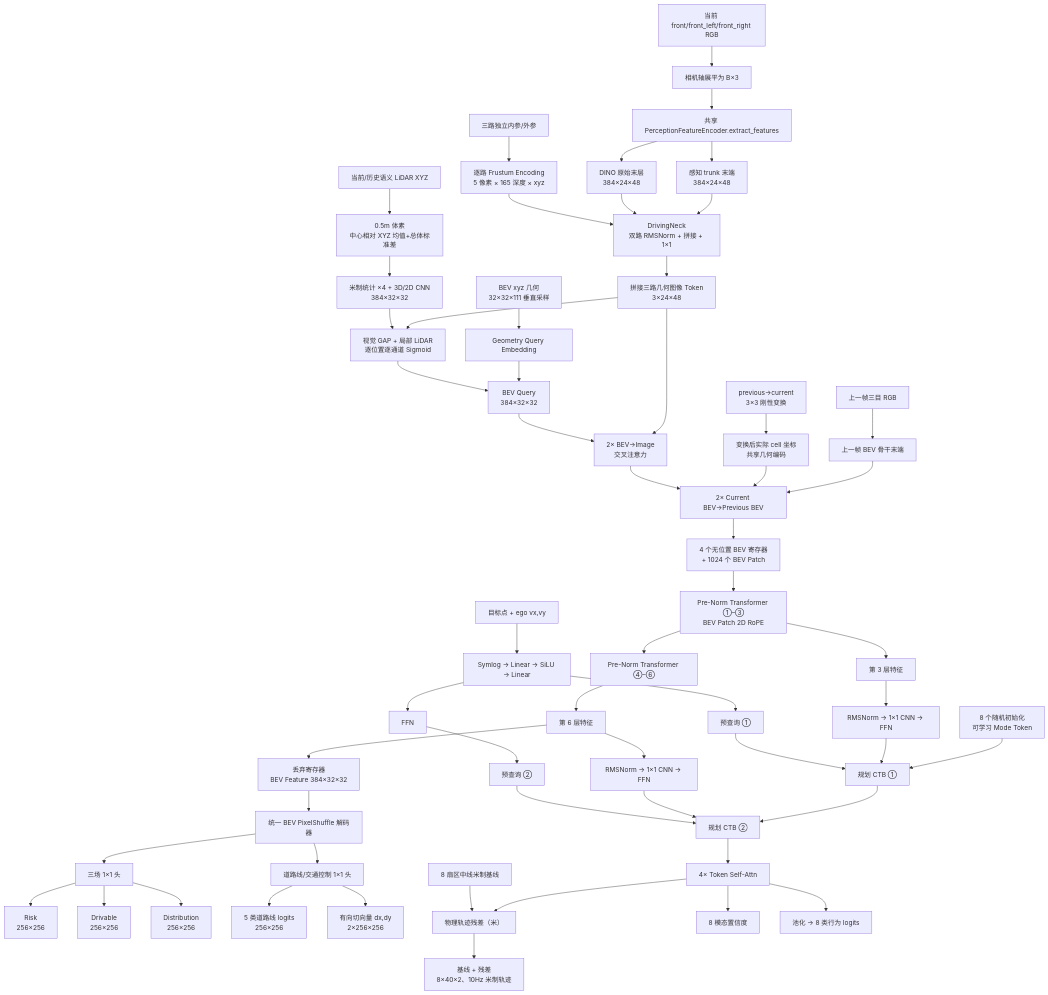
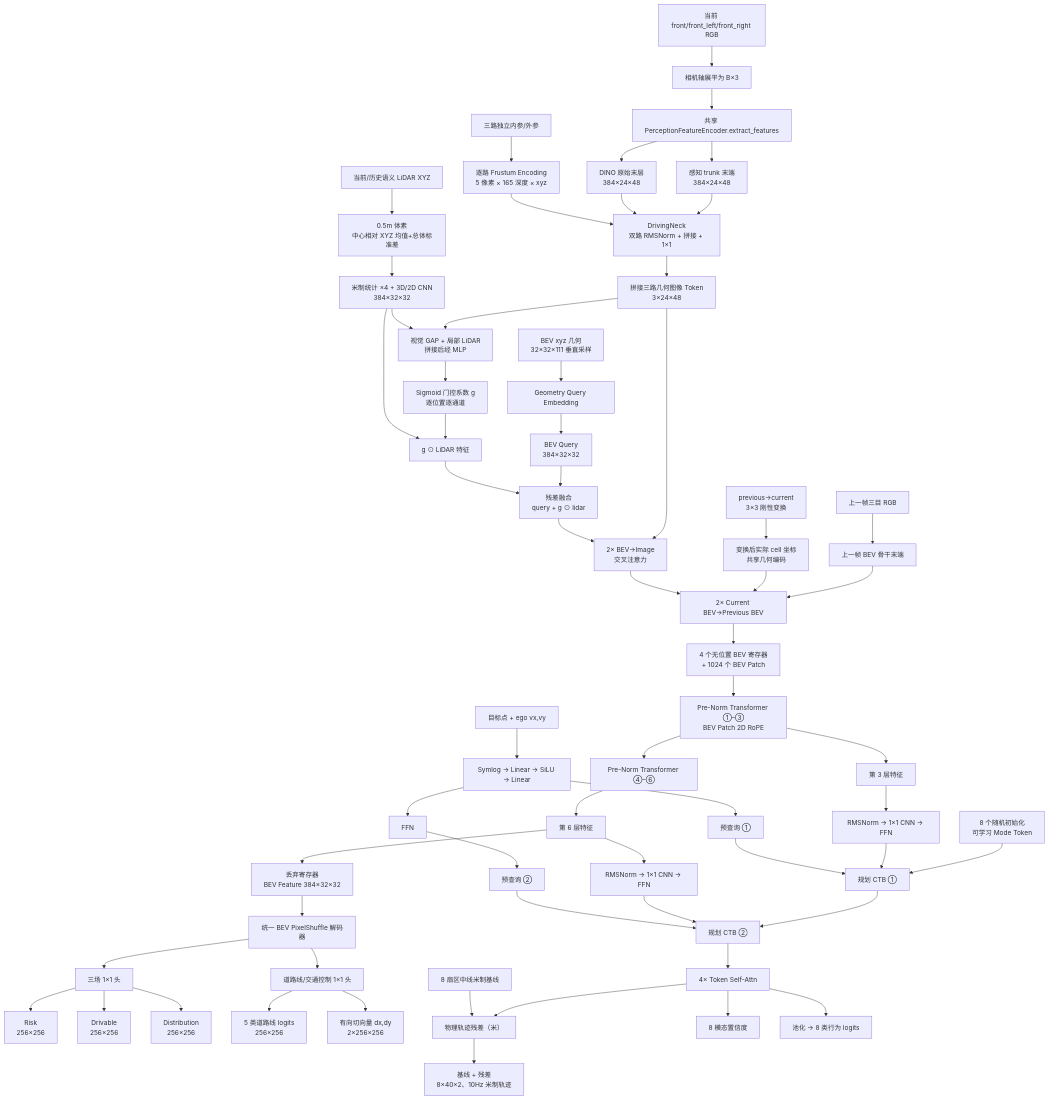
Before and after one commit to ByteDriveTeam/ByteDrive-Toy: the fourth of 9 diagrams in README.md, drawn with Mermaid. The commit also changed other lines of this file and 13 other files, not shown here.

````diff
--- a/README.md
+++ b/README.md
@@ -305,59 +305,63 @@
 ```mermaid
 flowchart TB
     RGB["当前 front/front_left/front_right RGB"] --> FLAT["相机轴展平为 B×3"]
     FLAT --> P["共享 PerceptionFeatureEncoder.extract_features"]
     P --> T["感知 trunk 末端<br/>384×24×48"]
     P --> R["DINO 原始末层<br/>384×24×48"]
 
     T --> NECK["DrivingNeck<br/>双路 RMSNorm + 拼接 + 1×1"]
     R --> NECK
     CALIB["三路独立内参/外参"] --> FR["逐路 Frustum Encoding<br/>5 像素 × 165 深度 × xyz"]
     FR --> NECK
     NECK --> IMG["拼接三路几何图像 Token<br/>3×24×48"]
 
     GRID["BEV xyz 几何<br/>32×32×111 垂直采样"] --> QUERY["Geometry Query Embedding"]
     QUERY --> BEVQ["BEV Query<br/>384×32×32"]
     LIDAR["当前/历史语义 LiDAR XYZ"] --> VOXEL["0.5m 体素<br/>中心相对 XYZ 均值+总体标准差"]
     VOXEL --> LENC["米制统计 ×4 + 3D/2D CNN<br/>384×32×32"]
-    IMG --> GATE["视觉 GAP + 局部 LiDAR<br/>逐位置逐通道 Sigmoid"]
-    LENC --> GATE
-    GATE --> BEVQ
+    IMG --> GCTX["视觉 GAP + 局部 LiDAR<br/>拼接后经 MLP"]
+    LENC --> GCTX
+    GCTX --> GATE["Sigmoid 门控系数 g<br/>逐位置逐通道"]
+    GATE --> LWEIGHT["g ⊙ LiDAR 特征"]
+    LENC --> LWEIGHT
+    BEVQ --> QFUSED["残差融合<br/>query + g ⊙ lidar"]
+    LWEIGHT --> QFUSED
     IMG --> CROSS["2× BEV→Image<br/>交叉注意力"]
-    BEVQ --> CROSS
+    QFUSED --> CROSS
     PRGB["上一帧三目 RGB"] --> PBEV["上一帧 BEV 骨干末端"]
     TF["previous→current<br/>3×3 刚性变换"] --> PGEOM["变换后实际 cell 坐标<br/>共享几何编码"]
     PBEV --> TCROSS["2× Current BEV→Previous BEV"]
     PGEOM --> TCROSS
     CROSS --> TCROSS --> SEQ["4 个无位置 BEV 寄存器<br/>+ 1024 个 BEV Patch"]
     SEQ --> TRANS3["Pre-Norm Transformer ①–③<br/>BEV Patch 2D RoPE"]
     TRANS3 --> F3["第 3 层特征"]
     TRANS3 --> TRANS6["Pre-Norm Transformer ④–⑥"]
     TRANS6 --> F6["第 6 层特征"]
     F6 --> BEV["丢弃寄存器<br/>BEV Feature 384×32×32"]
 
     BEV --> BDEC["统一 BEV PixelShuffle 解码器"]
     BDEC --> FIELD["三场 1×1 头"]
     FIELD --> RISK["Risk<br/>256×256"]
     FIELD --> DRIVE["Drivable<br/>256×256"]
     FIELD --> DIST["Distribution<br/>256×256"]
 
     BDEC --> LANE["道路线/交通控制 1×1 头"]
     LANE --> LCLS["5 类道路线 logits<br/>256×256"]
     LANE --> LDIR["有向切向量 dx,dy<br/>2×256×256"]
 
     COND["目标点 + ego vx,vy"] --> SYM["Symlog → Linear → SiLU → Linear"]
     SYM --> Q1["预查询 ①"]
     SYM --> PPN["FFN"] --> Q2["预查询 ②"]
     MODE["8 个随机初始化<br/>可学习 Mode Token"] --> CTB1["规划 CTB ①"]
     F3 --> A1["RMSNorm → 1×1 CNN → FFN"] --> CTB1
     Q1 --> CTB1
     CTB1 --> CTB2["规划 CTB ②"]
     F6 --> A2["RMSNorm → 1×1 CNN → FFN"] --> CTB2
     Q2 --> CTB2
     CTB2 --> PTB["4× Token Self-Attn"]
     PTB --> RES["物理轨迹残差（米）"]
     BASE["8 扇区中线米制基线"] --> RES
     RES --> TRAJ["基线 + 残差<br/>8×40×2、10Hz 米制轨迹"]
     PTB --> CONF["8 模态置信度"]
     PTB --> ACT["池化 → 8 类行为 logits"]
 ```
````
